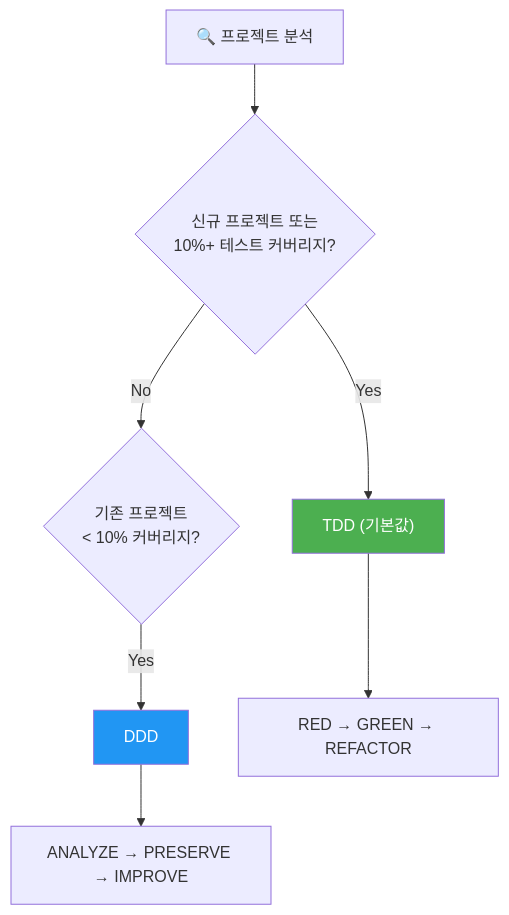
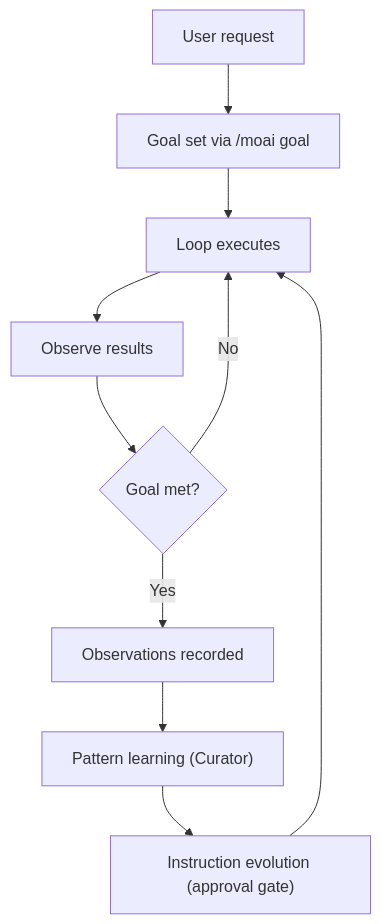
One commit to modu-ai/moai-adk changed the second of 5 diagrams in README.ko.md. Above: the diagram before and after it, drawn with Mermaid. The commit also changed other lines of this file and 395 other files, not shown here.

````diff
--- a/README.ko.md
+++ b/README.ko.md
@@ -232,12 +282,12 @@
 ```mermaid
 flowchart TD
-    A["🔍 프로젝트 분석"] --> B{"신규 프로젝트 또는<br/>10%+ 테스트 커버리지?"}
-    B -->|"Yes"| C["TDD (기본값)"]
-    B -->|"No"| D{"기존 프로젝트<br/>< 10% 커버리지?"}
-    D -->|"Yes"| E["DDD"]
-    C --> F["RED → GREEN → REFACTOR"]
-    E --> G["ANALYZE → PRESERVE → IMPROVE"]
-
-    style C fill:#4CAF50,color:#fff
-    style E fill:#2196F3,color:#fff
+    A["User request"] --> B["Goal set via /moai goal"]
+    B --> C["Loop executes"]
+    C --> D["Observe results"]
+    D --> E{"Goal met?"}
+    E -->|"No"| C
+    E -->|"Yes"| F["Observations recorded"]
+    F --> G["Pattern learning (Curator)"]
+    G --> H["Instruction evolution (approval gate)"]
+    H --> C
 ```
````
